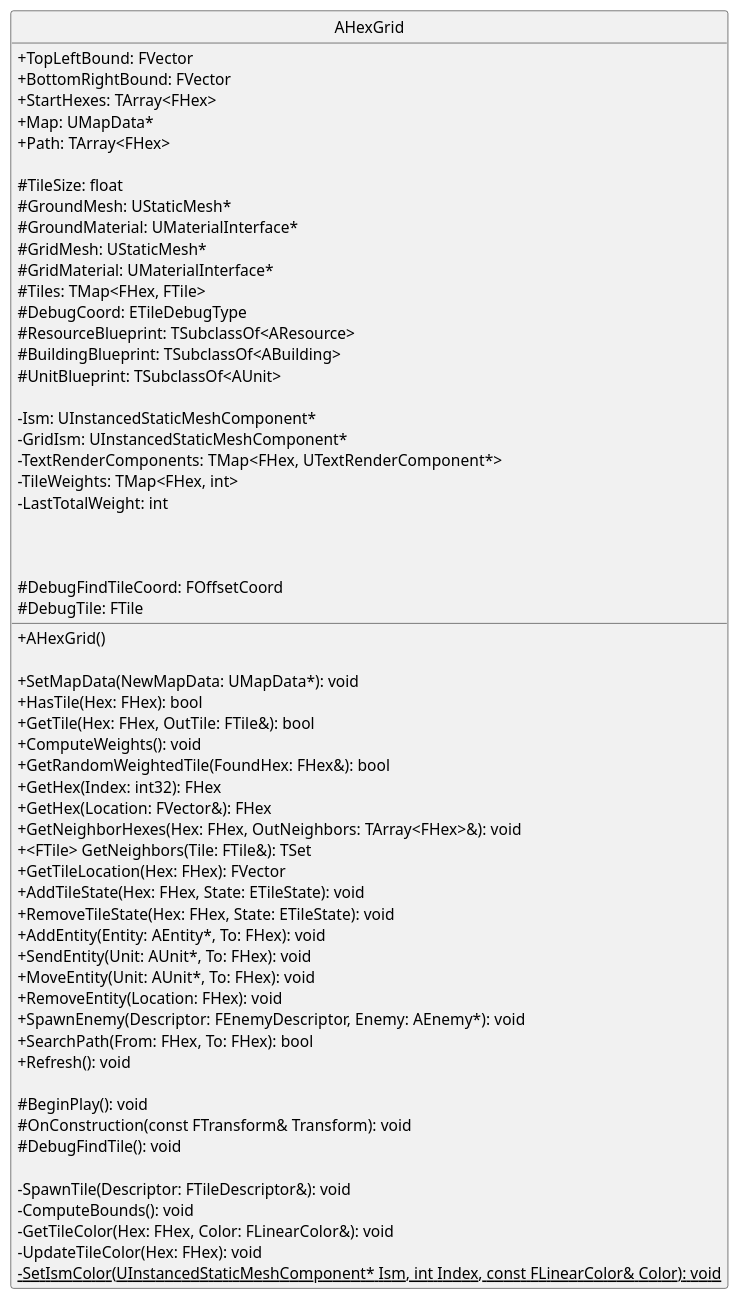
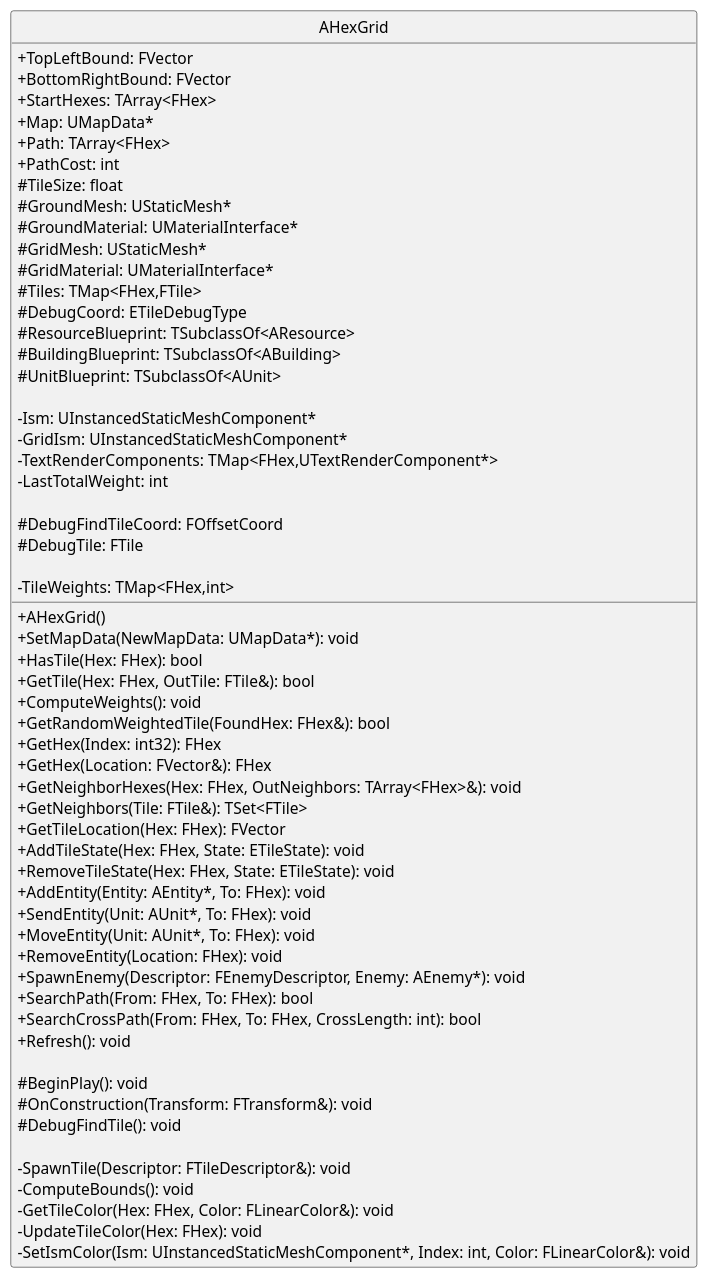
One commit to lex-eme/CppToPlantUml changed the diagram in src/main/resources/AHexGridClass.puml. Above: the diagram before and after it, drawn with PlantUML. The commit also changed 17 other files, not shown here.

```diff
--- a/src/main/resources/AHexGridClass.puml
+++ b/src/main/resources/AHexGridClass.puml
@@ -1,67 +1,66 @@
 @startuml
 
 skinparam classAttributeIconSize 0
 
 hide circle
 hide empty members
 
 
 class AHexGrid {
     + TopLeftBound: FVector
     + BottomRightBound: FVector
     + StartHexes: TArray<FHex>
     + Map: UMapData*
     + Path: TArray<FHex>
-
+    + PathCost: int
     # TileSize: float
     # GroundMesh: UStaticMesh*
     # GroundMaterial: UMaterialInterface*
     # GridMesh: UStaticMesh*
     # GridMaterial: UMaterialInterface*
-    # Tiles: TMap<FHex, FTile>
+    # Tiles: TMap<FHex,FTile>
     # DebugCoord: ETileDebugType
     # ResourceBlueprint: TSubclassOf<AResource>
     # BuildingBlueprint: TSubclassOf<ABuilding>
     # UnitBlueprint: TSubclassOf<AUnit>
 
     - Ism: UInstancedStaticMeshComponent*
     - GridIsm: UInstancedStaticMeshComponent*
-    - TextRenderComponents: TMap<FHex, UTextRenderComponent*>
-    - TileWeights: TMap<FHex, int>
+    - TextRenderComponents: TMap<FHex,UTextRenderComponent*>
     - LastTotalWeight: int
-
     + AHexGrid()
-
     + SetMapData(NewMapData: UMapData*): void
     + HasTile(Hex: FHex): bool
     + GetTile(Hex: FHex, OutTile: FTile&): bool
     + ComputeWeights(): void
     + GetRandomWeightedTile(FoundHex: FHex&): bool
     + GetHex(Index: int32): FHex
     + GetHex(Location: FVector&): FHex
     + GetNeighborHexes(Hex: FHex, OutNeighbors: TArray<FHex>&): void
-    +<FTile> GetNeighbors(Tile: FTile&): TSet
+    + GetNeighbors(Tile: FTile&): TSet<FTile>
     + GetTileLocation(Hex: FHex): FVector
     + AddTileState(Hex: FHex, State: ETileState): void
     + RemoveTileState(Hex: FHex, State: ETileState): void
     + AddEntity(Entity: AEntity*, To: FHex): void
     + SendEntity(Unit: AUnit*, To: FHex): void
     + MoveEntity(Unit: AUnit*, To: FHex): void
     + RemoveEntity(Location: FHex): void
     + SpawnEnemy(Descriptor: FEnemyDescriptor, Enemy: AEnemy*): void
     + SearchPath(From: FHex, To: FHex): bool
+    + SearchCrossPath(From: FHex, To: FHex, CrossLength: int): bool
     + Refresh(): void
 
     # BeginPlay(): void
-    # OnConstruction(const FTransform& Transform): void
+    # OnConstruction(Transform: FTransform&): void
     # DebugFindTileCoord: FOffsetCoord
     # DebugTile: FTile
     # DebugFindTile(): void
 
     - SpawnTile(Descriptor: FTileDescriptor&): void
     - ComputeBounds(): void
     - GetTileColor(Hex: FHex, Color: FLinearColor&): void
     - UpdateTileColor(Hex: FHex): void
-    - {static} SetIsmColor(UInstancedStaticMeshComponent* Ism, int Index, const FLinearColor& Color): void
+    - SetIsmColor(Ism: UInstancedStaticMeshComponent*, Index: int, Color: FLinearColor&): void
+    - TileWeights: TMap<FHex,int>
 }
 @enduml
```
